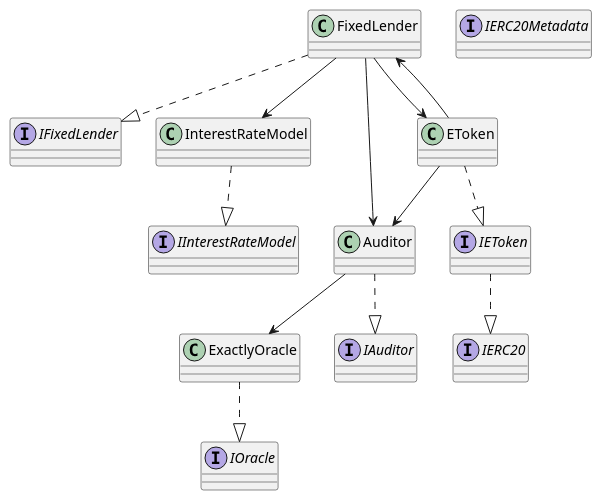
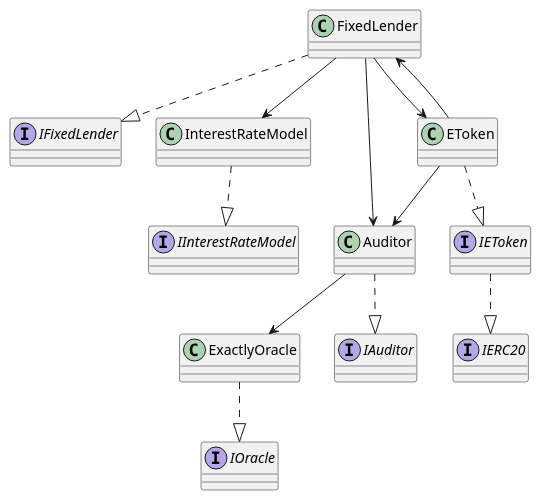
One commit to exactly/protocol changed the diagram in docs/architecture-diagram.rst. Above: the diagram before and after it, drawn with PlantUML.

Commit message:
Removed IERC20Metadata from the UML diagram

```diff
--- a/docs/architecture-diagram.rst
+++ b/docs/architecture-diagram.rst
@@ -5,41 +5,39 @@
 .. uml::
 
     @startuml
 
     interface IAuditor {
     }
     interface IFixedLender {
     }
     interface IInterestRateModel {
     }
     interface IEToken {
     }
     interface IERC20 {
-    }
-    interface IERC20Metadata {
     }
     interface IOracle {
     }
     class Auditor {
     }
     class FixedLender {
     }
     class InterestRateModel {
     }
     class EToken {
     }
 
     Auditor ..|> IAuditor
     EToken ..|> IEToken
     InterestRateModel ..|> IInterestRateModel
     ExactlyOracle ..|> IOracle
     IEToken ..|> IERC20
     FixedLender ..|> IFixedLender
     FixedLender --> Auditor
     FixedLender --> InterestRateModel
     FixedLender --> EToken
     EToken --> FixedLender
     EToken --> Auditor
     Auditor --> ExactlyOracle
 
     @enduml
```
